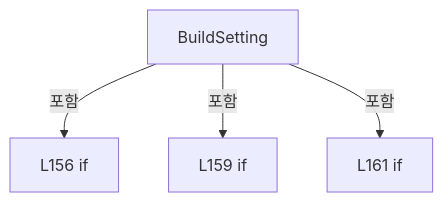
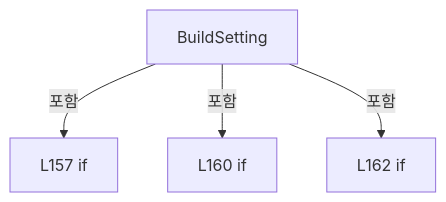
One commit to kjuws10-rgb/Shared changed the second of 17 diagrams in A3 LD Code Ref/files/Drilling.File/JHMI/CSettingFile.cs.md. Above: the diagram before and after it, drawn with Mermaid. The commit also changed other lines of this file and 1984 other files, not shown here.

Commit message:
docs(a3): update 11.17.0 architecture and complete code reference

````diff
--- a/A3 LD Code Ref/files/Drilling.File/JHMI/CSettingFile.cs.md
+++ b/A3 LD Code Ref/files/Drilling.File/JHMI/CSettingFile.cs.md
@@ -864,10 +865,10 @@
 ```mermaid
 flowchart TD
  M["BuildSetting"]
- N0["L156 if"]
+ N0["L157 if"]
  M -->|포함| N0
- N1["L159 if"]
+ N1["L160 if"]
  M -->|포함| N1
- N2["L161 if"]
+ N2["L162 if"]
  M -->|포함| N2
 ```
````
